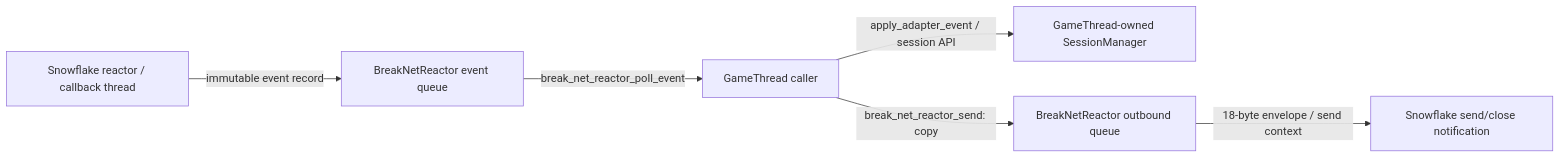
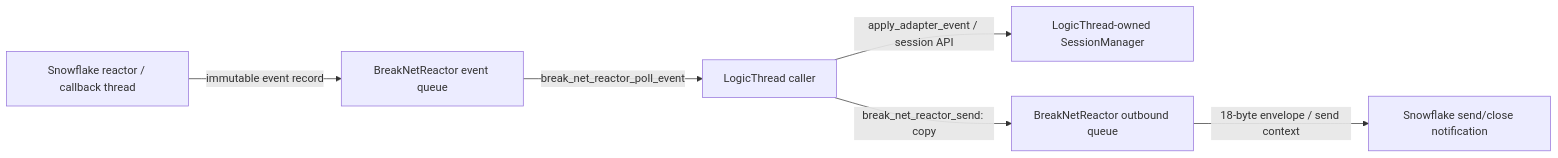
One commit to konyka/break changed the diagram in docs/design/session_protocol.md. Above: the diagram before and after it, drawn with Mermaid. The commit also changed other lines of this file and 95 other files, not shown here.

````diff
--- a/docs/design/session_protocol.md
+++ b/docs/design/session_protocol.md
@@ -29,8 +29,8 @@
 ```mermaid
 flowchart LR
     S[Snowflake reactor / callback thread] -->|immutable event record| Q[BreakNetReactor event queue]
-    Q -->|break_net_reactor_poll_event| G[GameThread caller]
-    G -->|apply_adapter_event / session API| M[GameThread-owned SessionManager]
+    Q -->|break_net_reactor_poll_event| G[LogicThread caller]
+    G -->|apply_adapter_event / session API| M[LogicThread-owned SessionManager]
     G -->|break_net_reactor_send: copy| O[BreakNetReactor outbound queue]
     O -->|18-byte envelope / send context| T[Snowflake send/close notification]
 ```
````
